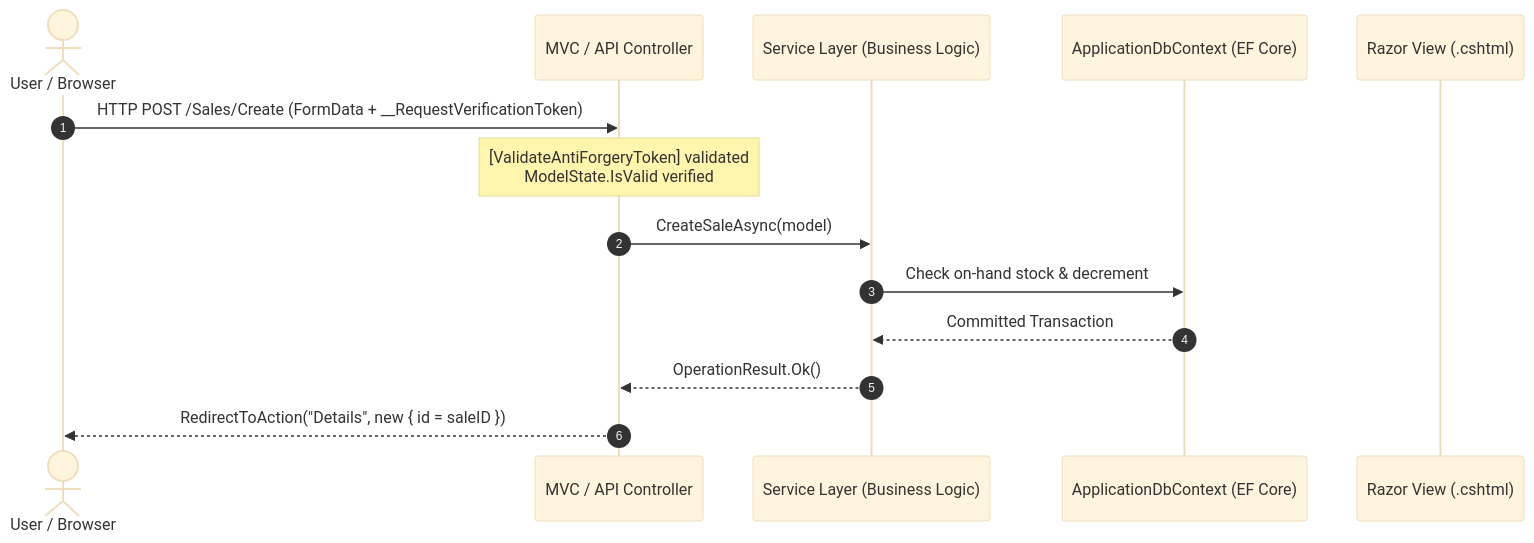
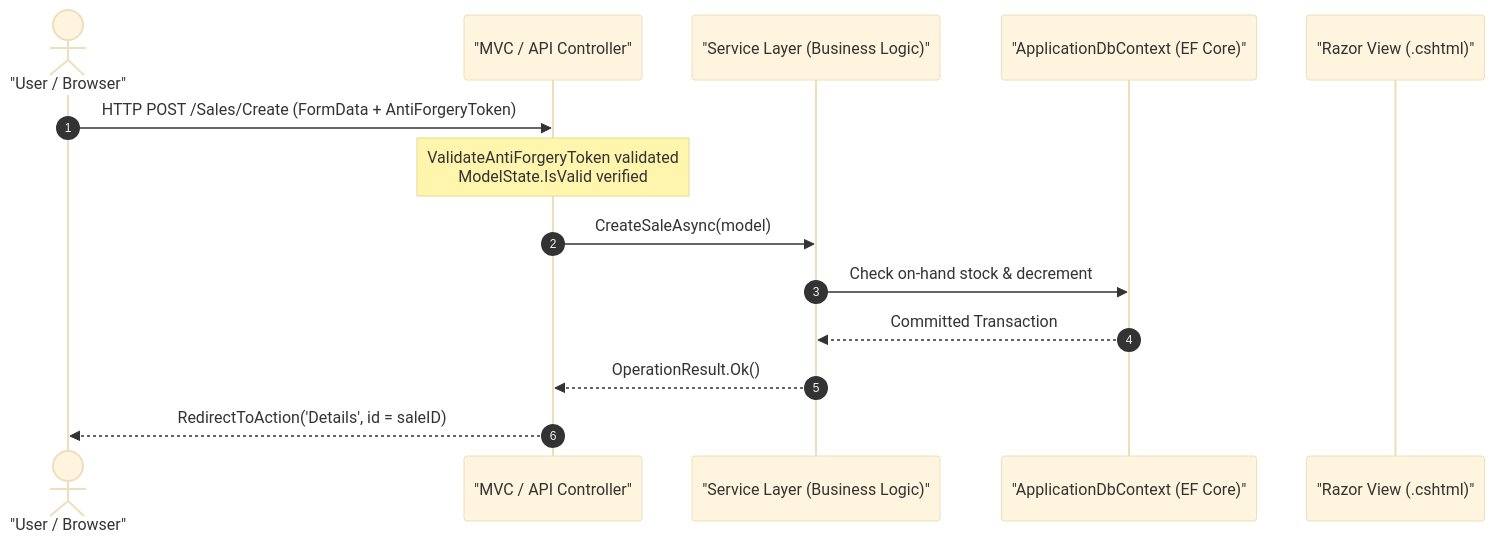
Before and after one commit to xMahmoudSami/IMS-Portal: the diagram in Inventory_Management_System/Docs/Controllers/CONTROLLERS_README.md, drawn with Mermaid (base theme). The commit also changed 5 other files, not shown here.

Commit message:
fix: resolve mermaid diagram parsing syntax errors in internal documentation files

````diff
--- a/Inventory_Management_System/Docs/Controllers/CONTROLLERS_README.md
+++ b/Inventory_Management_System/Docs/Controllers/CONTROLLERS_README.md
@@ -12,17 +12,17 @@
 ```mermaid
 sequenceDiagram
     autonumber
-    actor Client as User / Browser
-    participant Controller as MVC / API Controller
-    participant Service as Service Layer (Business Logic)
-    participant DbContext as ApplicationDbContext (EF Core)
-    participant View as Razor View (.cshtml)
+    actor Client as "User / Browser"
+    participant Controller as "MVC / API Controller"
+    participant Service as "Service Layer (Business Logic)"
+    participant DbContext as "ApplicationDbContext (EF Core)"
+    participant View as "Razor View (.cshtml)"
 
-    Client->>Controller: HTTP POST /Sales/Create (FormData + __RequestVerificationToken)
-    Note over Controller: [ValidateAntiForgeryToken] validated<br/>ModelState.IsValid verified
+    Client->>Controller: HTTP POST /Sales/Create (FormData + AntiForgeryToken)
+    Note over Controller: ValidateAntiForgeryToken validated<br/>ModelState.IsValid verified
     Controller->>Service: CreateSaleAsync(model)
     Service->>DbContext: Check on-hand stock & decrement
     DbContext-->>Service: Committed Transaction
     Service-->>Controller: OperationResult.Ok()
-    Controller-->>Client: RedirectToAction("Details", new { id = saleID })
+    Controller-->>Client: RedirectToAction('Details', id = saleID)
 ```
````
